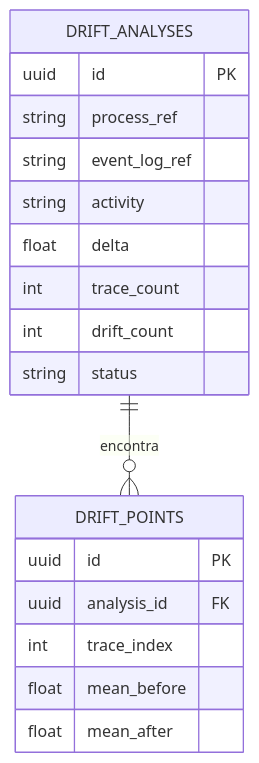
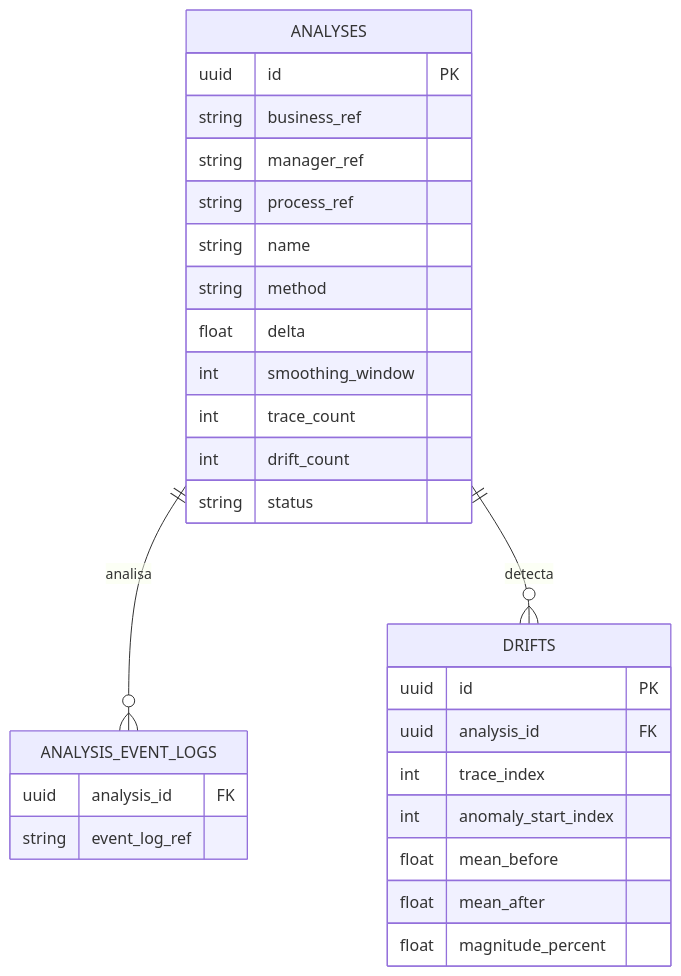
Before and after one commit to aland3r/deviante-docs: diagram 15 of 17 in architecture/arc42.md, drawn with Mermaid. The commit also changed other lines of this file, not shown here.

First line of the commit message:
arc42 §1, §2, §5, §6, §8: Azure SQL serverless, máquinas e intervenções no lugar de equipamento e agenda, ER do Core com empresas e usuários

````diff
--- a/architecture/arc42.md
+++ b/architecture/arc42.md
@@ -1074,21 +1106,31 @@
 ```mermaid
 erDiagram
-    DRIFT_ANALYSES ||--o{ DRIFT_POINTS : encontra
-    DRIFT_ANALYSES {
+    ANALYSES ||--o{ ANALYSIS_EVENT_LOGS : analisa
+    ANALYSES ||--o{ DRIFTS : detecta
+    ANALYSES {
         uuid id PK
+        string business_ref
+        string manager_ref
         string process_ref
-        string event_log_ref
-        string activity
+        string name
+        string method
         float delta
+        int smoothing_window
         int trace_count
         int drift_count
         string status
     }
-    DRIFT_POINTS {
+    ANALYSIS_EVENT_LOGS {
+        uuid analysis_id FK
+        string event_log_ref
+    }
+    DRIFTS {
         uuid id PK
         uuid analysis_id FK
         int trace_index
+        int anomaly_start_index
         float mean_before
         float mean_after
+        float magnitude_percent
     }
 ```
````
